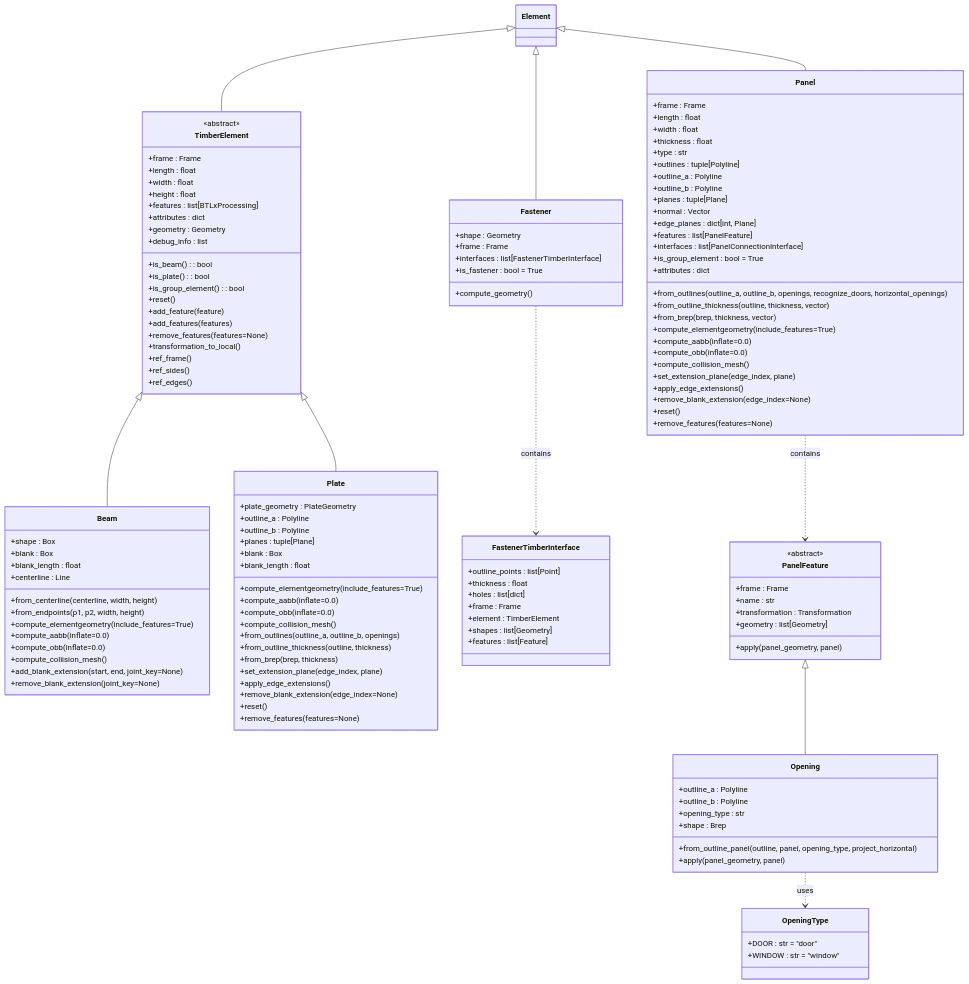
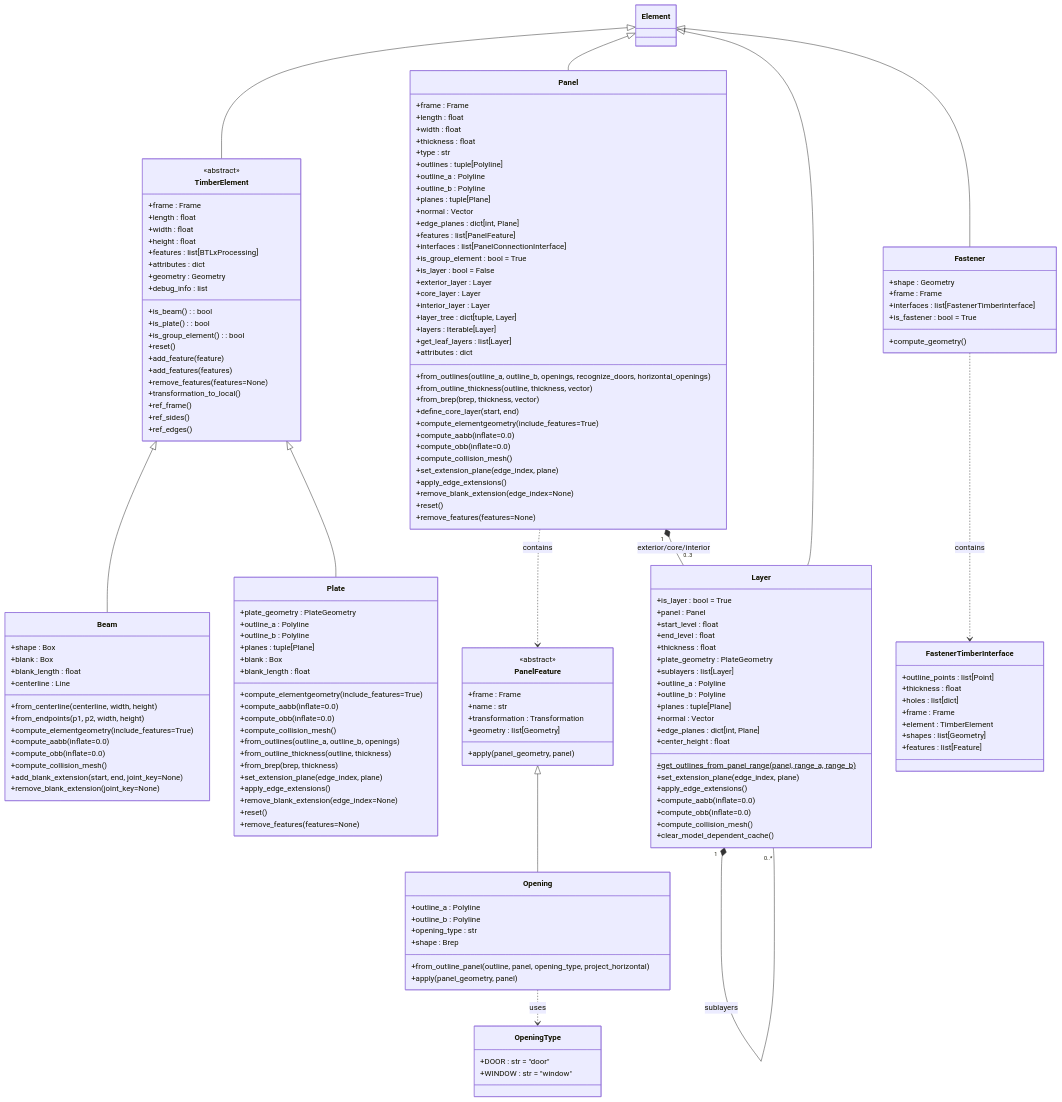
One commit to gramaziokohler/compas_timber changed the first of 4 diagrams in docs/contribution/class_diagrams.md. Above: the diagram before and after it, drawn with Mermaid.

Commit message:
update class diagrams

````diff
--- a/docs/contribution/class_diagrams.md
+++ b/docs/contribution/class_diagrams.md
@@ -105,10 +105,18 @@
          +features : list[PanelFeature]
          +interfaces : list[PanelConnectionInterface]
          +is_group_element : bool = True
+         +is_layer : bool = False
+         +exterior_layer : Layer
+         +core_layer : Layer
+         +interior_layer : Layer
+         +layer_tree : dict[tuple, Layer]
+         +layers : Iterable[Layer]
+         +get_leaf_layers : list[Layer]
          +attributes : dict
          +from_outlines(outline_a, outline_b, openings, recognize_doors, horizontal_openings)
          +from_outline_thickness(outline, thickness, vector)
          +from_brep(brep, thickness, vector)
+         +define_core_layer(start, end)
          +compute_elementgeometry(include_features=True)
          +compute_aabb(inflate=0.0)
          +compute_obb(inflate=0.0)
@@ -118,6 +126,29 @@
          +remove_blank_extension(edge_index=None)
          +reset()
          +remove_features(features=None)
+      }
+
+      class Layer {
+         +is_layer : bool = True
+         +panel : Panel
+         +start_level : float
+         +end_level : float
+         +thickness : float
+         +plate_geometry : PlateGeometry
+         +sublayers : list[Layer]
+         +outline_a : Polyline
+         +outline_b : Polyline
+         +planes : tuple[Plane]
+         +normal : Vector
+         +edge_planes : dict[int, Plane]
+         +center_height : float
+         +get_outlines_from_panel_range(panel, range_a, range_b)$
+         +set_extension_plane(edge_index, plane)
+         +apply_edge_extensions()
+         +compute_aabb(inflate=0.0)
+         +compute_obb(inflate=0.0)
+         +compute_collision_mesh()
+         +clear_model_dependent_cache()
       }
 
       class PanelFeature {
@@ -148,11 +179,14 @@
       TimberElement <|-- Beam
       TimberElement <|-- Plate
       Element <|-- Panel
+      Element <|-- Layer
       Element <|-- Fastener
       PanelFeature <|-- Opening
 
       %% Composition relationships
       Fastener ..> FastenerTimberInterface : contains
       Panel ..> PanelFeature : contains
+      Panel "1" *-- "0..3" Layer : exterior/core/interior
+      Layer "1" *-- "0..*" Layer : sublayers
       Opening ..> OpeningType : uses
 ```
````
